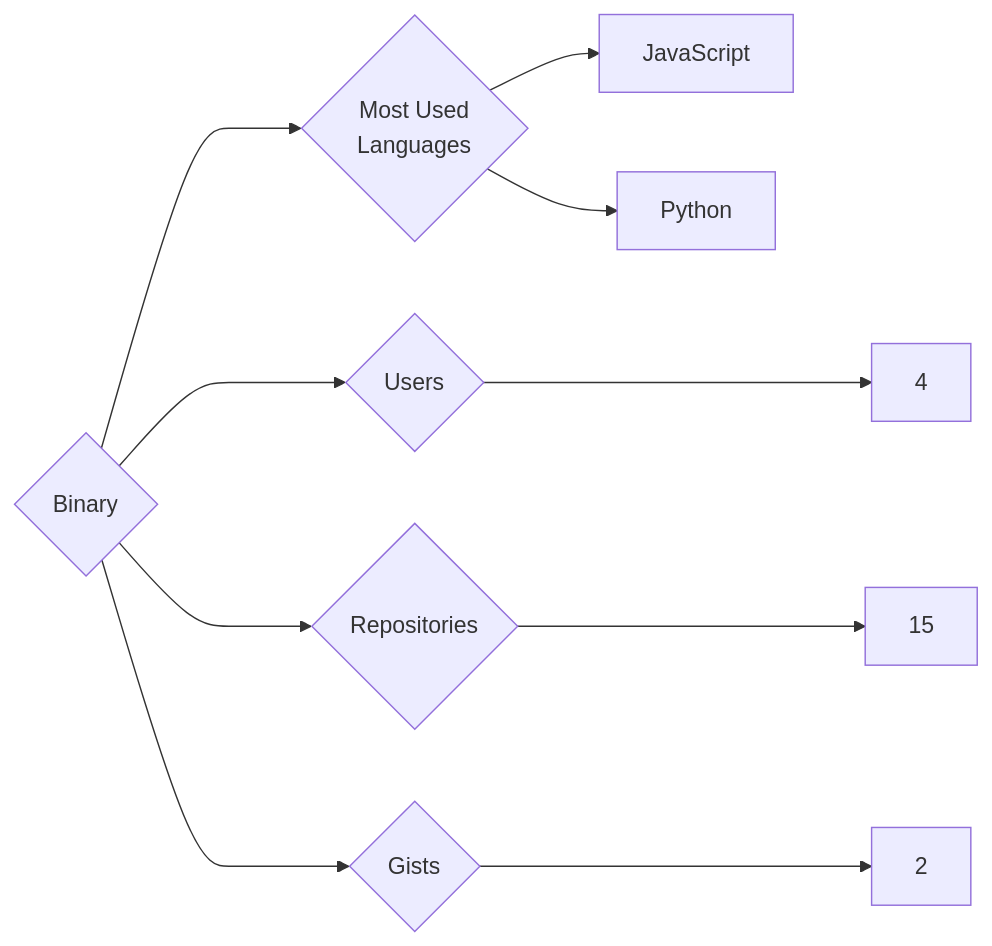
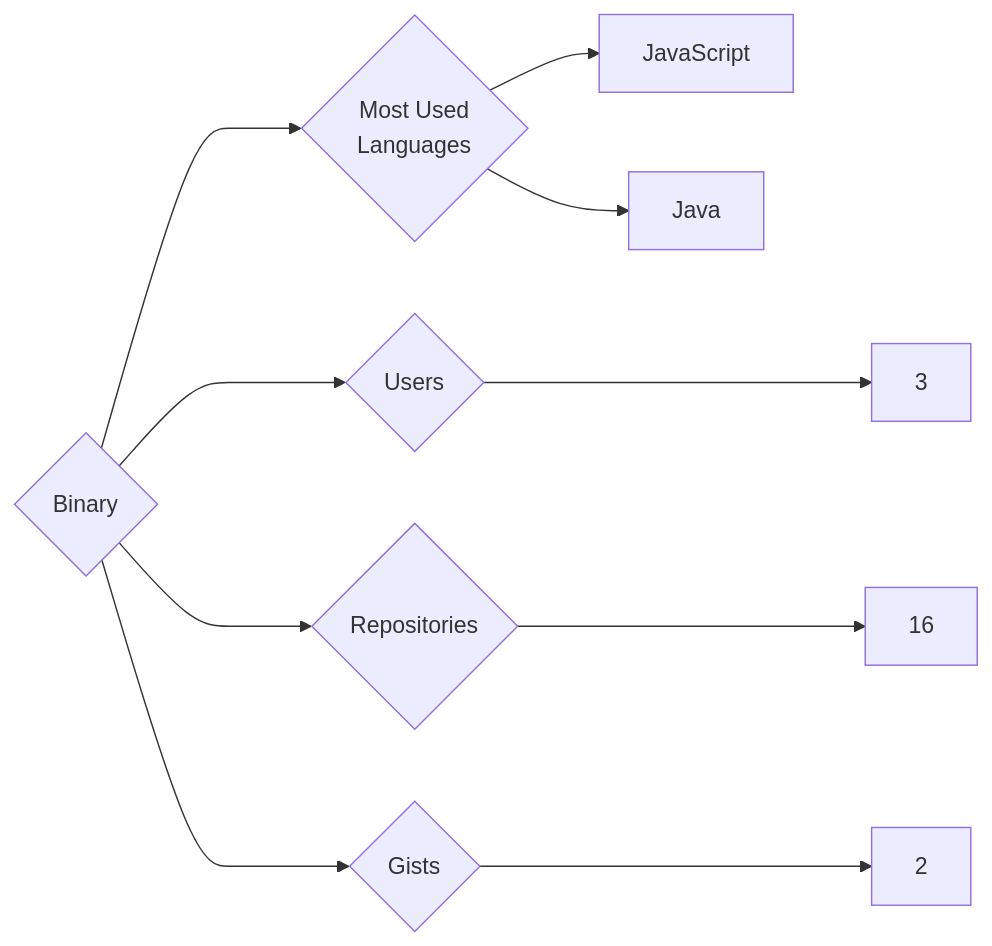
Before and after one commit to trickest/insiders: the diagram in targets/Binary/README.md, drawn with Mermaid. The commit also changed 894 other files, not shown here.

````diff
--- a/targets/Binary/README.md
+++ b/targets/Binary/README.md
@@ -3,10 +3,10 @@
 ```mermaid
 graph LR
 COMPANY_NAME{Binary}
-COMPANY_NAME ---> U{Users} ---> UN[4]
-COMPANY_NAME ---> R{Repositories} ---> RN[15]
+COMPANY_NAME ---> U{Users} ---> UN[3]
+COMPANY_NAME ---> R{Repositories} ---> RN[16]
 COMPANY_NAME ---> G{Gists} ---> GN[2]
 COMPANY_NAME ---> ML{Most Used<br>Languages}
 ML --> JavaScript[JavaScript]
-ML --> Python[Python]
+ML --> Java[Java]
 ```
````
